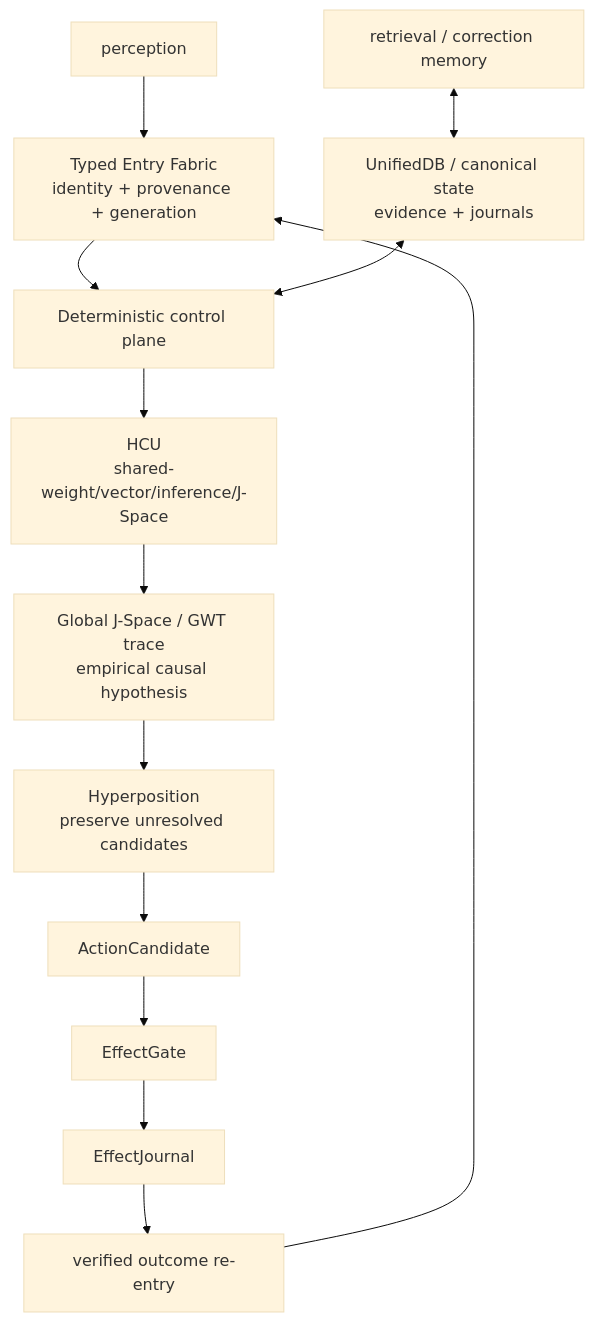
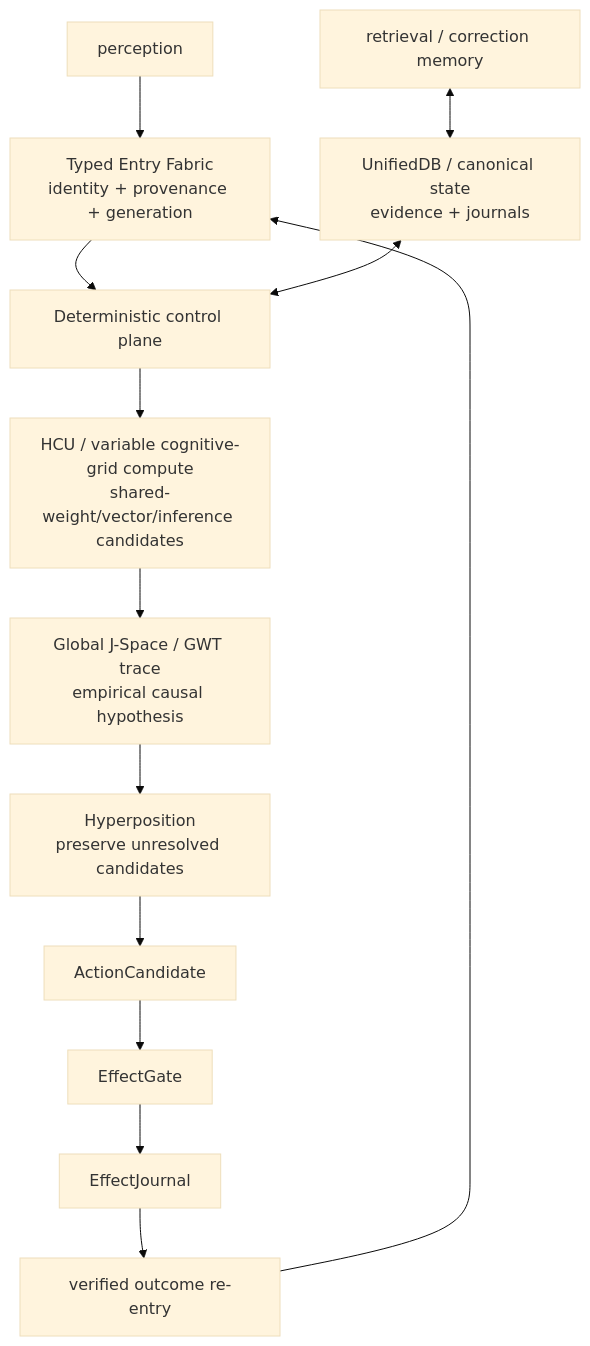
The second of 2 diagrams in DEV_SOURCE_RESEARCH/README.md (gschaidergabriel/Cognitive-devmachine), drawn with Mermaid (base theme) before and after one commit. The commit also changed other lines of this file, not shown here.

Commit message:
trigger3: fuse variable-grid owner target into current dev index

````diff
--- a/DEV_SOURCE_RESEARCH/README.md
+++ b/DEV_SOURCE_RESEARCH/README.md
@@ -115,15 +164,15 @@
 ```mermaid
 flowchart TD
     ENTRY[Typed Entry Fabric\nidentity + provenance + generation] --> CTRL[Deterministic control plane]
     UDB[UnifiedDB / canonical state\nevidence + journals] <--> CTRL
-    CTRL --> HCU[HCU\nshared-weight/vector/inference/J-Space]
-    HCU --> GWT[Global J-Space / GWT trace\nempirical causal hypothesis]
+    CTRL --> GRID[HCU / variable cognitive-grid compute\nshared-weight/vector/inference candidates]
+    GRID --> GWT[Global J-Space / GWT trace\nempirical causal hypothesis]
     GWT --> HP[Hyperposition\npreserve unresolved candidates]
     HP --> CAND[ActionCandidate]
     CAND --> EG[EffectGate]
     EG --> EJ[EffectJournal]
     EJ --> OBS[verified outcome re-entry]
     OBS --> ENTRY
     MEM[retrieval / correction memory] <--> UDB
     PER[perception] --> ENTRY
 ```
````
